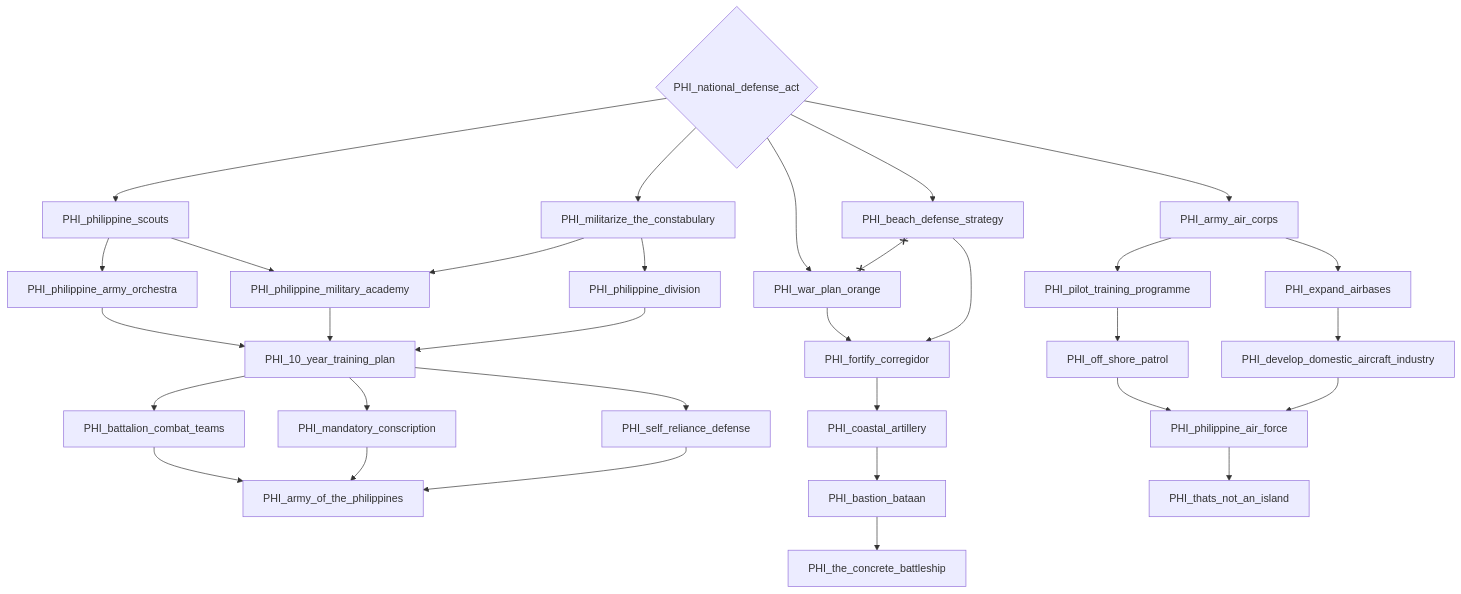
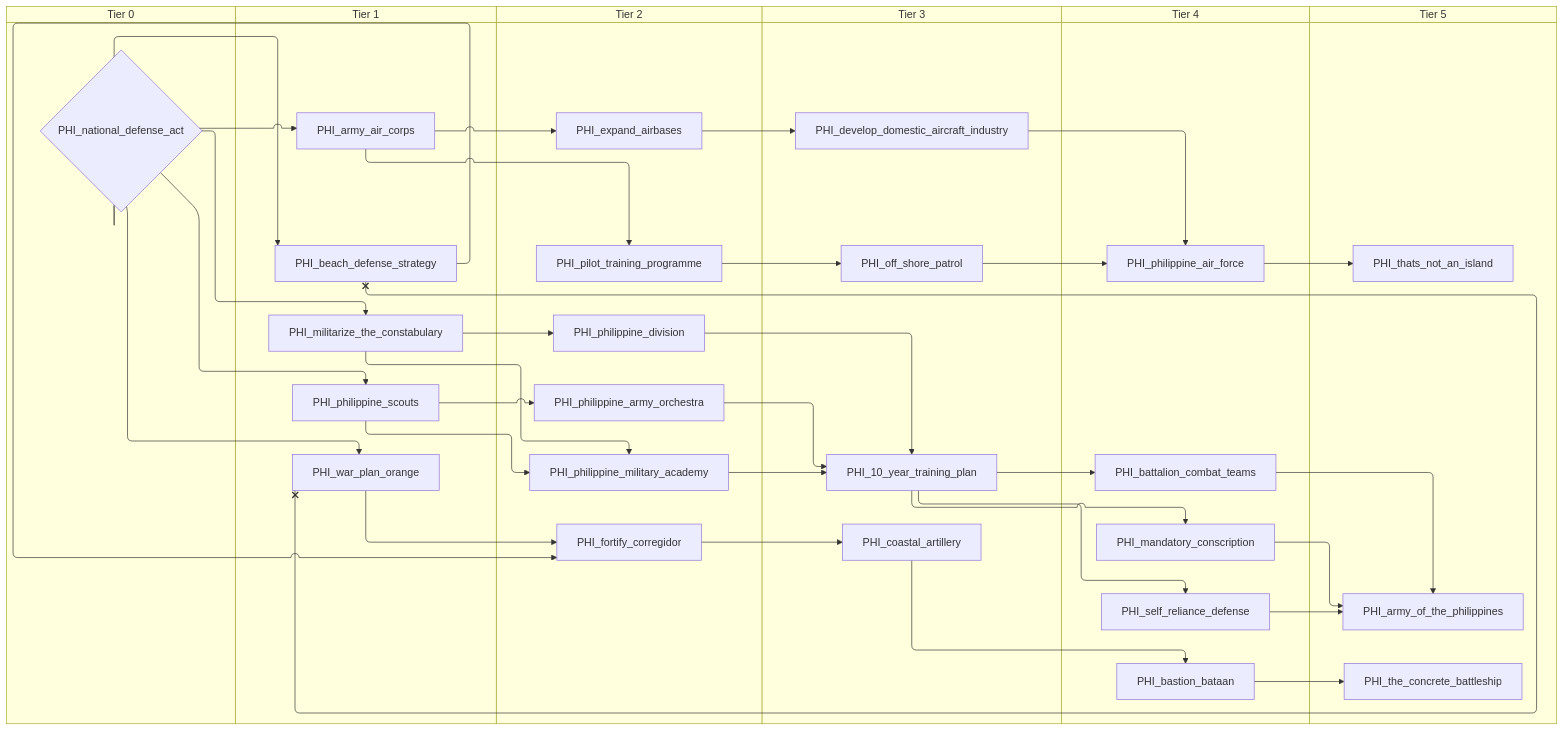
Before and after one commit to evgeny-sobol/hoi4-sandbox-mode: the third of 7 diagrams in docs/gdd/National Focuses/philippines.md, drawn with Mermaid. The commit also changed other lines of this file and 80 other files, not shown here.

First line of the commit message:
Add swimlane mode to focus graph exporter

````diff
--- a/docs/gdd/National Focuses/philippines.md
+++ b/docs/gdd/National Focuses/philippines.md
@@ -269,58 +311,70 @@
 ```mermaid
-flowchart TD
-    n94["PHI_10_year_training_plan"]
-    n95["PHI_army_air_corps"]
-    n96["PHI_army_of_the_philippines"]
-    n97["PHI_bastion_bataan"]
-    n98["PHI_battalion_combat_teams"]
-    n99["PHI_beach_defense_strategy"]
-    n100["PHI_coastal_artillery"]
-    n101["PHI_develop_domestic_aircraft_industry"]
-    n102["PHI_expand_airbases"]
-    n103["PHI_fortify_corregidor"]
-    n104["PHI_mandatory_conscription"]
-    n105["PHI_militarize_the_constabulary"]
-    n106{"PHI_national_defense_act"}
-    n107["PHI_off_shore_patrol"]
-    n108["PHI_philippine_air_force"]
-    n109["PHI_philippine_army_orchestra"]
-    n110["PHI_philippine_division"]
-    n111["PHI_philippine_military_academy"]
-    n112["PHI_philippine_scouts"]
-    n113["PHI_pilot_training_programme"]
-    n114["PHI_self_reliance_defense"]
-    n115["PHI_thats_not_an_island"]
-    n116["PHI_the_concrete_battleship"]
-    n117["PHI_war_plan_orange"]
-    n109 --> n94
-    n111 --> n94
-    n110 --> n94
-    n106 --> n95
-    n98 --> n96
-    n104 --> n96
-    n114 --> n96
-    n100 --> n97
+swimlane-beta TD
+    subgraph tier_0["Tier 0"]
+        n94{"PHI_national_defense_act"}
+    end
+    subgraph tier_1["Tier 1"]
+        n95["PHI_army_air_corps"]
+        n96["PHI_beach_defense_strategy"]
+        n97["PHI_militarize_the_constabulary"]
+        n98["PHI_philippine_scouts"]
+        n99["PHI_war_plan_orange"]
+    end
+    subgraph tier_2["Tier 2"]
+        n100["PHI_expand_airbases"]
+        n101["PHI_fortify_corregidor"]
+        n102["PHI_philippine_army_orchestra"]
+        n103["PHI_philippine_division"]
+        n104["PHI_philippine_military_academy"]
+        n105["PHI_pilot_training_programme"]
+    end
+    subgraph tier_3["Tier 3"]
+        n106["PHI_10_year_training_plan"]
+        n107["PHI_coastal_artillery"]
+        n108["PHI_develop_domestic_aircraft_industry"]
+        n109["PHI_off_shore_patrol"]
+    end
+    subgraph tier_4["Tier 4"]
+        n110["PHI_bastion_bataan"]
+        n111["PHI_battalion_combat_teams"]
+        n112["PHI_mandatory_conscription"]
+        n113["PHI_philippine_air_force"]
+        n114["PHI_self_reliance_defense"]
+    end
+    subgraph tier_5["Tier 5"]
+        n115["PHI_army_of_the_philippines"]
+        n116["PHI_thats_not_an_island"]
+        n117["PHI_the_concrete_battleship"]
+    end
+    n102 --> n106
+    n104 --> n106
+    n103 --> n106
+    n94 --> n95
+    n111 --> n115
+    n112 --> n115
+    n114 --> n115
+    n107 --> n110
+    n106 --> n111
+    n94 --> n96
+    n101 --> n107
+    n100 --> n108
+    n95 --> n100
+    n99 --> n101
+    n96 --> n101
+    n106 --> n112
+    n94 --> n97
+    n105 --> n109
+    n109 --> n113
+    n108 --> n113
+    n98 --> n102
+    n97 --> n103
+    n98 --> n104
+    n97 --> n104
     n94 --> n98
-    n106 --> n99
-    n103 --> n100
-    n102 --> n101
-    n95 --> n102
-    n117 --> n103
-    n99 --> n103
-    n94 --> n104
-    n106 --> n105
-    n113 --> n107
-    n107 --> n108
-    n101 --> n108
-    n112 --> n109
-    n105 --> n110
-    n112 --> n111
-    n105 --> n111
-    n106 --> n112
-    n95 --> n113
-    n94 --> n114
-    n108 --> n115
-    n97 --> n116
-    n106 --> n117
-    n99 x--x n117
+    n95 --> n105
+    n106 --> n114
+    n113 --> n116
+    n110 --> n117
+    n94 --> n99
+    n96 x--x n99
 ```
````
